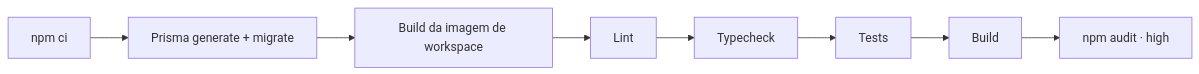
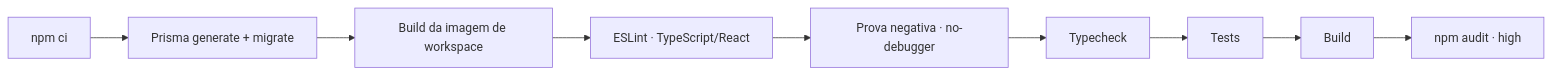
One commit to RobersonCodes/Oliveira-DevClaud changed the third of 3 diagrams in README.md. Above: the diagram before and after it, drawn with Mermaid. The commit also changed other lines of this file and 1 other file, not shown here.

````diff
--- a/README.md
+++ b/README.md
@@ -282,10 +283,11 @@
 ```mermaid
 flowchart LR
   install["npm ci"] --> prisma["Prisma generate + migrate"]
   prisma --> image["Build da imagem de workspace"]
-  image --> lint["Lint"]
-  lint --> types["Typecheck"]
+  image --> lint["ESLint · TypeScript/React"]
+  lint --> lintProbe["Prova negativa · no-debugger"]
+  lintProbe --> types["Typecheck"]
   types --> tests["Tests"]
   tests --> build["Build"]
   build --> audit["npm audit · high"]
 ```
````
